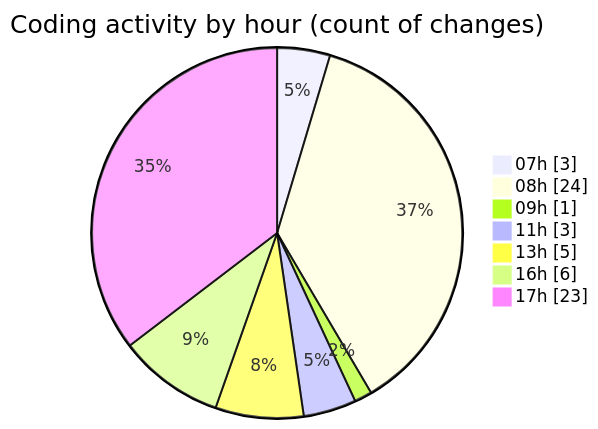
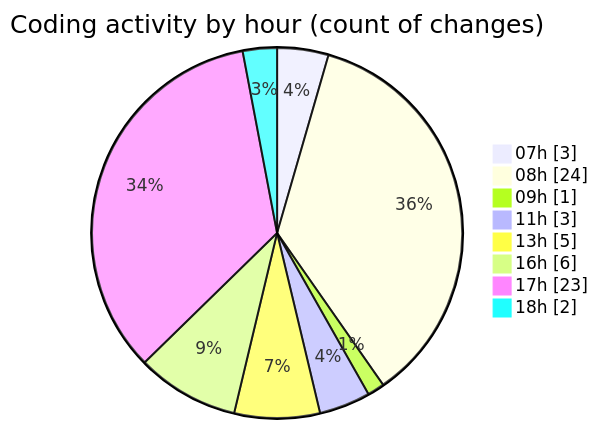
The second of 2 diagrams in 2026-02-20/bot_i_a/README.md (becaeroporto-bot/code-tracking), drawn with Mermaid before and after one commit. The commit also changed other lines of this file and 1 other file, not shown here.

````diff
--- a/2026-02-20/bot_i_a/README.md
+++ b/2026-02-20/bot_i_a/README.md
@@ -52,11 +53,12 @@
 ```mermaid
 pie showData
 title Coding activity by hour (count of changes)
 "07h" : 3
 "08h" : 24
 "09h" : 1
 "11h" : 3
 "13h" : 5
 "16h" : 6
 "17h" : 23
+"18h" : 2
 ```
````
